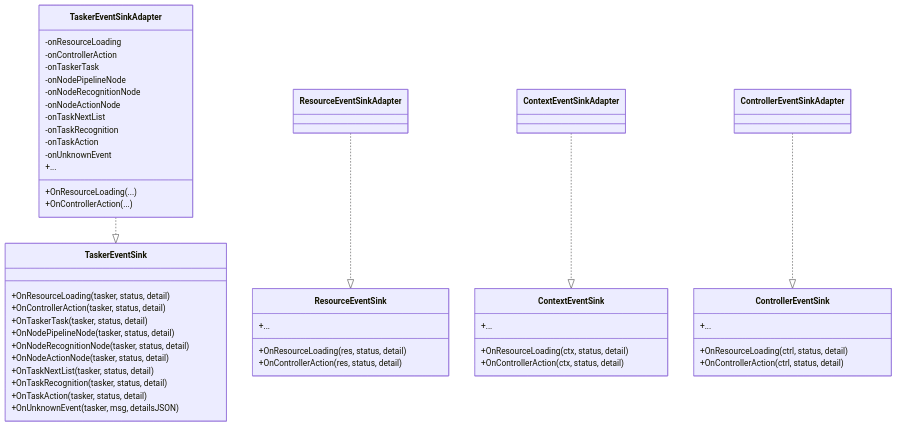
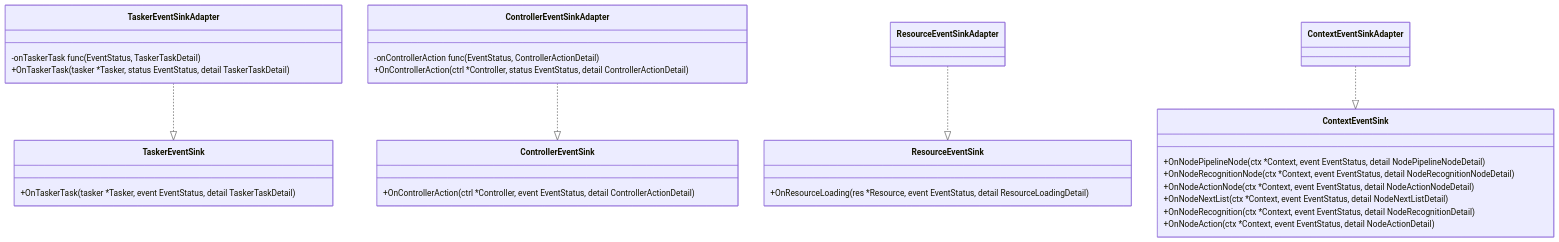
One commit to kqcoxn/MaaPipelineEditor changed the fifth of 7 diagrams in instructions/maafw-golang/核心概念/事件系统 (Event System).md. Above: the diagram before and after it, drawn with Mermaid. The commit also changed other lines of this file and 2 other files, not shown here.

````diff
--- a/instructions/maafw-golang/核心概念/事件系统 (Event System).md
+++ b/instructions/maafw-golang/核心概念/事件系统 (Event System).md
@@ -207,49 +174,32 @@
 ```mermaid
 classDiagram
 class TaskerEventSink {
-+OnResourceLoading(tasker, status, detail)
-+OnControllerAction(tasker, status, detail)
-+OnTaskerTask(tasker, status, detail)
-+OnNodePipelineNode(tasker, status, detail)
-+OnNodeRecognitionNode(tasker, status, detail)
-+OnNodeActionNode(tasker, status, detail)
-+OnTaskNextList(tasker, status, detail)
-+OnTaskRecognition(tasker, status, detail)
-+OnTaskAction(tasker, status, detail)
-+OnUnknownEvent(tasker, msg, detailsJSON)
++OnTaskerTask(tasker *Tasker, event EventStatus, detail TaskerTaskDetail)
 }
 class TaskerEventSinkAdapter {
--onResourceLoading
--onControllerAction
--onTaskerTask
--onNodePipelineNode
--onNodeRecognitionNode
--onNodeActionNode
--onTaskNextList
--onTaskRecognition
--onTaskAction
--onUnknownEvent
-+OnResourceLoading(...)
-+OnControllerAction(...)
-+...
+-onTaskerTask func(EventStatus, TaskerTaskDetail)
++OnTaskerTask(tasker *Tasker, status EventStatus, detail TaskerTaskDetail)
 }
 class ResourceEventSink {
-+OnResourceLoading(res, status, detail)
-+OnControllerAction(res, status, detail)
-+...
++OnResourceLoading(res *Resource, event EventStatus, detail ResourceLoadingDetail)
 }
 class ContextEventSink {
-+OnResourceLoading(ctx, status, detail)
-+OnControllerAction(ctx, status, detail)
-+...
++OnNodePipelineNode(ctx *Context, event EventStatus, detail NodePipelineNodeDetail)
++OnNodeRecognitionNode(ctx *Context, event EventStatus, detail NodeRecognitionNodeDetail)
++OnNodeActionNode(ctx *Context, event EventStatus, detail NodeActionNodeDetail)
++OnNodeNextList(ctx *Context, event EventStatus, detail NodeNextListDetail)
++OnNodeRecognition(ctx *Context, event EventStatus, detail NodeRecognitionDetail)
++OnNodeAction(ctx *Context, event EventStatus, detail NodeActionDetail)
 }
 class ControllerEventSink {
-+OnResourceLoading(ctrl, status, detail)
-+OnControllerAction(ctrl, status, detail)
-+...
++OnControllerAction(ctrl *Controller, event EventStatus, detail ControllerActionDetail)
+}
+class ControllerEventSinkAdapter {
+-onControllerAction func(EventStatus, ControllerActionDetail)
++OnControllerAction(ctrl *Controller, status EventStatus, detail ControllerActionDetail)
 }
 TaskerEventSinkAdapter ..|> TaskerEventSink
 ResourceEventSinkAdapter ..|> ResourceEventSink
 ContextEventSinkAdapter ..|> ContextEventSink
 ControllerEventSinkAdapter ..|> ControllerEventSink
 ```
````
